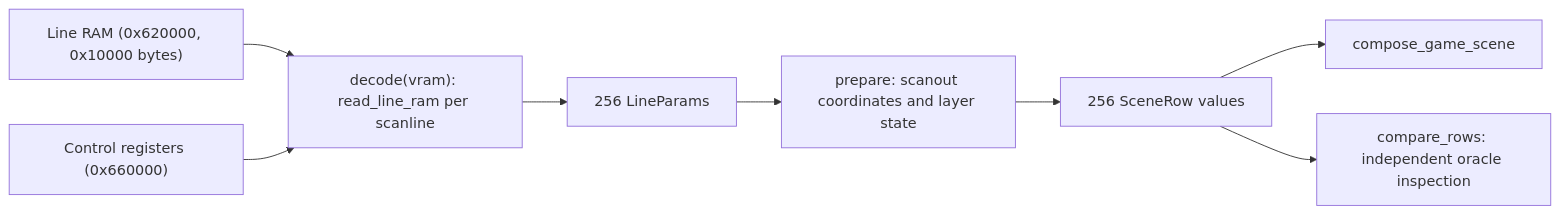
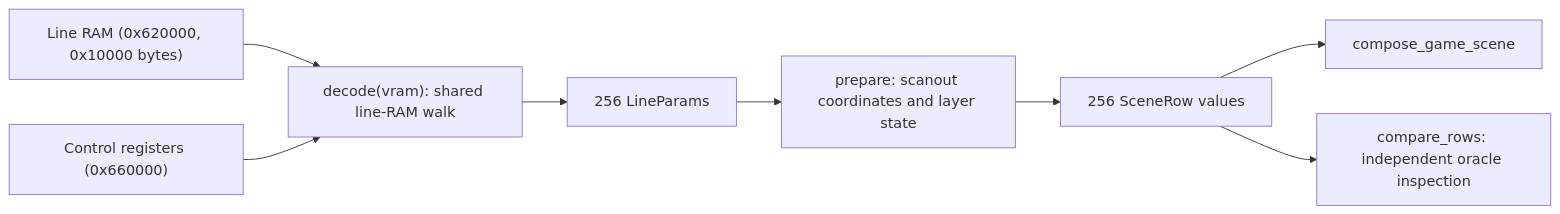
Before and after one commit to ansxor/f3-recomp: the diagram in docs/site/developer/runtime/video/lines.md, drawn with Mermaid. The commit also changed other lines of this file and 114 other files, not shown here.

````diff
--- a/docs/site/developer/runtime/video/lines.md
+++ b/docs/site/developer/runtime/video/lines.md
@@ -15,10 +14,10 @@
 ```mermaid
 flowchart LR
-    LR["Line RAM (0x620000, 0x10000 bytes)"] --> O["decode(vram): read_line_ram per scanline"]
+    LR["Line RAM (0x620000, 0x10000 bytes)"] --> O["decode(vram): shared line-RAM walk"]
     CT["Control registers (0x660000)"] --> O
     O --> L["256 LineParams"]
     L --> P["prepare: scanout coordinates and layer state"]
     P --> R["256 SceneRow values"]
     R --> C["compose_game_scene"]
     R --> D["compare_rows: independent oracle inspection"]
 ```
````
